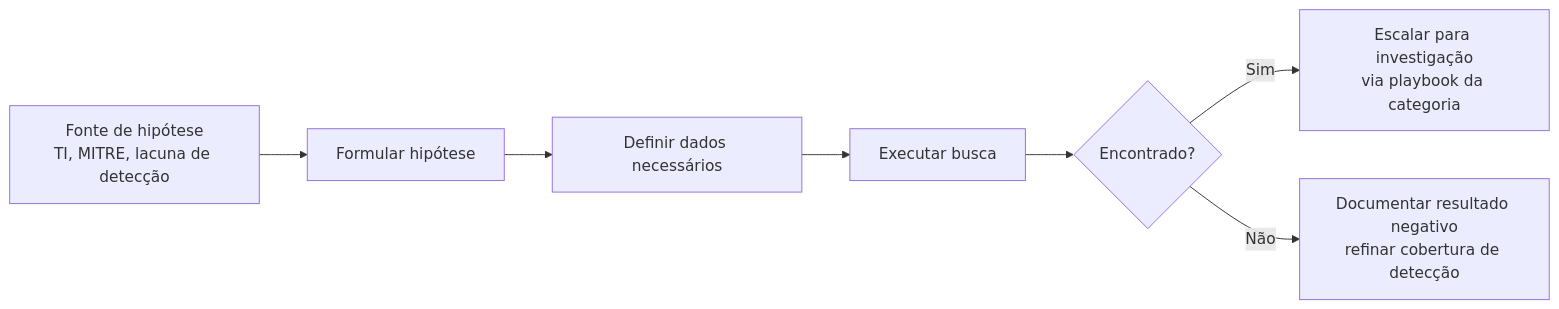
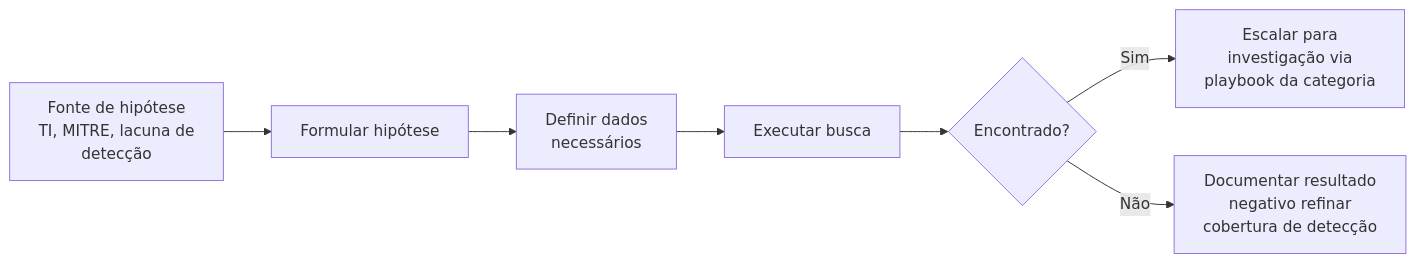
The diagram in Attack-Categories/Threat-Hunting/README.md (LuucasVerdun/Cyber-Attack-Analysis-Framework), drawn with Mermaid before and after one commit. The commit also changed 28 other files, not shown here.

````diff
--- a/Attack-Categories/Threat-Hunting/README.md
+++ b/Attack-Categories/Threat-Hunting/README.md
@@ -15,9 +15,9 @@
 ```mermaid
 flowchart LR
-    A[Fonte de hipótese<br/>TI, MITRE, lacuna de detecção] --> B[Formular hipótese]
-    B --> C[Definir dados necessários]
+    A[Fonte de hipótese<br/>TI, MITRE, lacuna de<br/>detecção] --> B[Formular hipótese]
+    B --> C[Definir dados<br/>necessários]
     C --> D[Executar busca]
     D --> E{Encontrado?}
-    E -->|Sim| F[Escalar para investigação<br/>via playbook da categoria]
-    E -->|Não| G[Documentar resultado negativo<br/>refinar cobertura de detecção]
+    E -->|Sim| F[Escalar para<br/>investigação via<br/>playbook da categoria]
+    E -->|Não| G[Documentar resultado<br/>negativo refinar<br/>cobertura de detecção]
 ```
````
